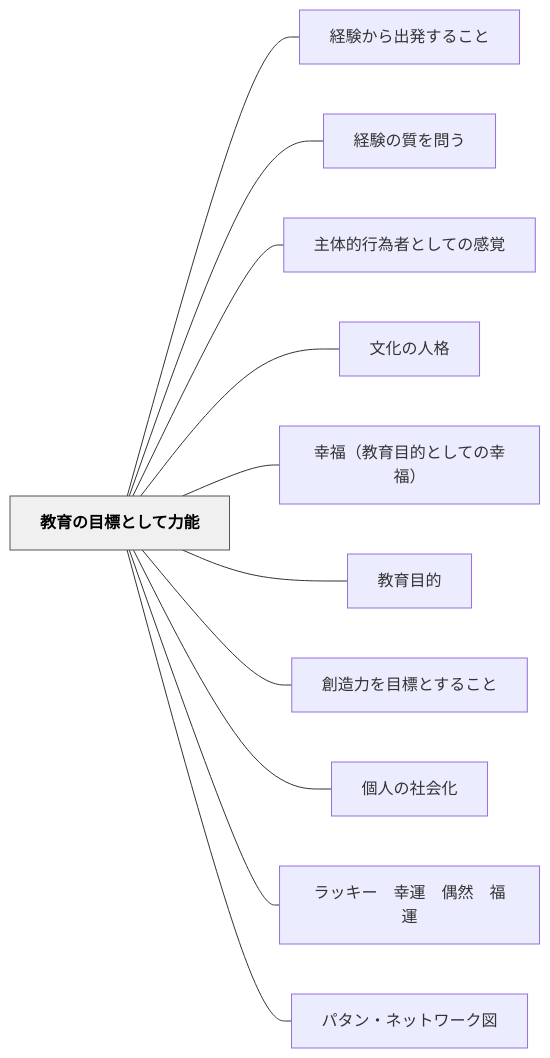
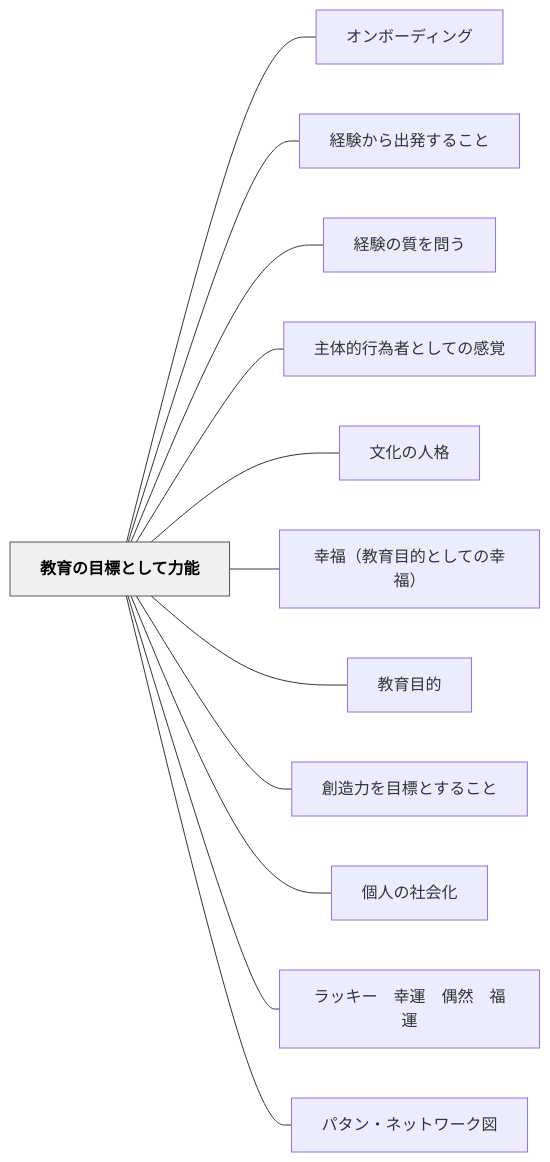
One commit to unknownthings-ed-patterns/unknownthings-ed-patterns changed the diagram in content/パタン/教育の目標として力能.md. Above: the diagram before and after it, drawn with Mermaid. The commit also changed other lines of this file and 100 other files, not shown here.

````diff
--- a/content/パタン/教育の目標として力能.md
+++ b/content/パタン/教育の目標として力能.md
@@ -122,28 +123,30 @@
 ```mermaid
 flowchart LR
     ne69599e882b2e381aee79baee6a899e381a8e38197e381a6e58a9be883bd["教育の目標として力能"]
+    ne382aae383b3e3839ce383bce38387e382a3e383b3e382b0["オンボーディング"]
     ne7b58ce9a893e3818be38289e587bae799bae38199e3828be38193e381a8["経験から出発すること"]
     ne7b58ce9a893e381aee8b3aae38292e5958fe38186["経験の質を問う"]
     ne4b8bbe4bd93e79a84e8a18ce782bae88085e381a8e38197e381a6e381aee6849fe8a69a["主体的行為者としての感覚"]
     ne69687e58c96e381aee4babae6a0bc["文化の人格"]
     ne5b9b8e7a68fefbc88e69599e882b2e79baee79a84e381a8e38197e381a6e381aee5b9b8e7a68fefbc89["幸福（教育目的としての幸福）"]
     ne69599e882b2e79baee79a84["教育目的"]
     ne589b5e980a0e58a9be38292e79baee6a899e381a8e38199e3828be38193e381a8["創造力を目標とすること"]
     ne5808be4babae381aee7a4bee4bc9ae58c96["個人の社会化"]
     ne383a9e38383e382ade383bce38080e5b9b8e9818be38080e581b6e784b6e38080e7a68fe9818b["ラッキー　幸運　偶然　福運"]
     ne38391e382bfe383b3e383bbe3838de38383e38388e383afe383bce382afe59bb3["パタン・ネットワーク図"]
 
+    ne69599e882b2e381aee79baee6a899e381a8e38197e381a6e58a9be883bd --- ne382aae383b3e3839ce383bce38387e382a3e383b3e382b0
     ne69599e882b2e381aee79baee6a899e381a8e38197e381a6e58a9be883bd --- ne7b58ce9a893e3818be38289e587bae799bae38199e3828be38193e381a8
     ne69599e882b2e381aee79baee6a899e381a8e38197e381a6e58a9be883bd --- ne7b58ce9a893e381aee8b3aae38292e5958fe38186
     ne69599e882b2e381aee79baee6a899e381a8e38197e381a6e58a9be883bd --- ne4b8bbe4bd93e79a84e8a18ce782bae88085e381a8e38197e381a6e381aee6849fe8a69a
     ne69599e882b2e381aee79baee6a899e381a8e38197e381a6e58a9be883bd --- ne69687e58c96e381aee4babae6a0bc
     ne69599e882b2e381aee79baee6a899e381a8e38197e381a6e58a9be883bd --- ne5b9b8e7a68fefbc88e69599e882b2e79baee79a84e381a8e38197e381a6e381aee5b9b8e7a68fefbc89
     ne69599e882b2e381aee79baee6a899e381a8e38197e381a6e58a9be883bd --- ne69599e882b2e79baee79a84
     ne69599e882b2e381aee79baee6a899e381a8e38197e381a6e58a9be883bd --- ne589b5e980a0e58a9be38292e79baee6a899e381a8e38199e3828be38193e381a8
     ne69599e882b2e381aee79baee6a899e381a8e38197e381a6e58a9be883bd --- ne5808be4babae381aee7a4bee4bc9ae58c96
     ne69599e882b2e381aee79baee6a899e381a8e38197e381a6e58a9be883bd --- ne383a9e38383e382ade383bce38080e5b9b8e9818be38080e581b6e784b6e38080e7a68fe9818b
     ne69599e882b2e381aee79baee6a899e381a8e38197e381a6e58a9be883bd --- ne38391e382bfe383b3e383bbe3838de38383e38388e383afe383bce382afe59bb3
 
     classDef hub fill:#f0f0f0,stroke:#555,color:#000,font-weight:bold
     class ne69599e882b2e381aee79baee6a899e381a8e38197e381a6e58a9be883bd hub
 ```
````
